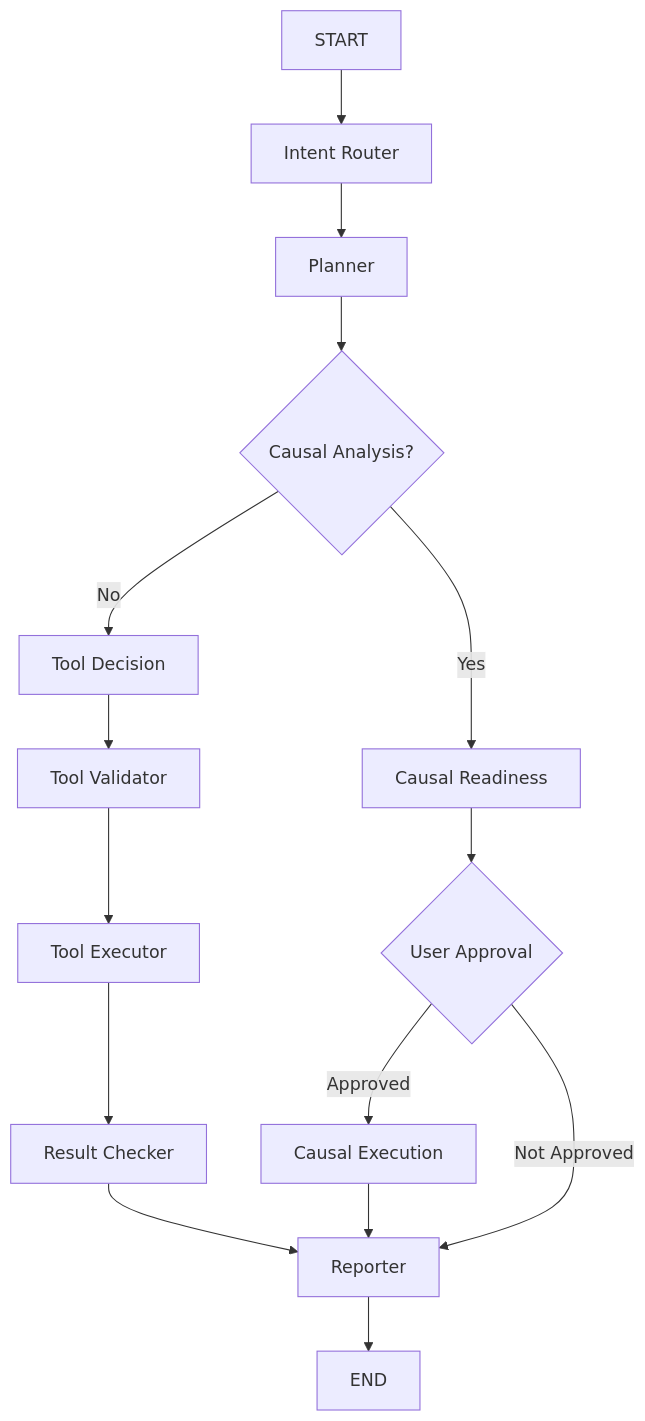
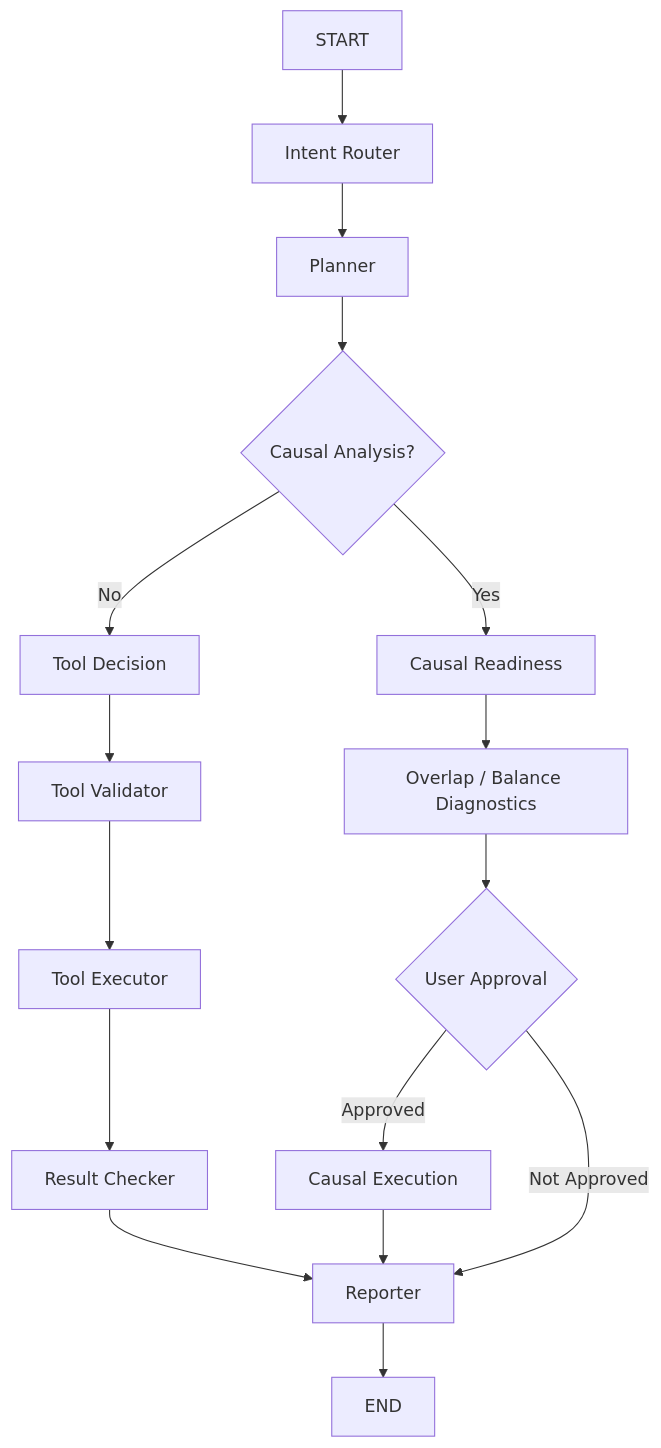
Before and after one commit to shanyinduo-glitch/causalens-agent: the third of 3 diagrams in README.md, drawn with Mermaid. The commit also changed other lines of this file and 140 other files, not shown here.

````diff
--- a/README.md
+++ b/README.md
@@ -559,21 +738,22 @@
 ```mermaid
 flowchart TD
     A[START] --> B[Intent Router]
     B --> C[Planner]
 
     C --> D{Causal Analysis?}
 
     D -->|No| E[Tool Decision]
     E --> F[Tool Validator]
     F --> G[Tool Executor]
     G --> H[Result Checker]
     H --> I[Reporter]
 
     D -->|Yes| J[Causal Readiness]
-    J --> K{User Approval}
+    J --> O[Overlap / Balance Diagnostics]
+    O --> K{User Approval}
     K -->|Approved| L[Causal Execution]
     L --> I
     K -->|Not Approved| I
 
     I --> M[END]
 ```
````
